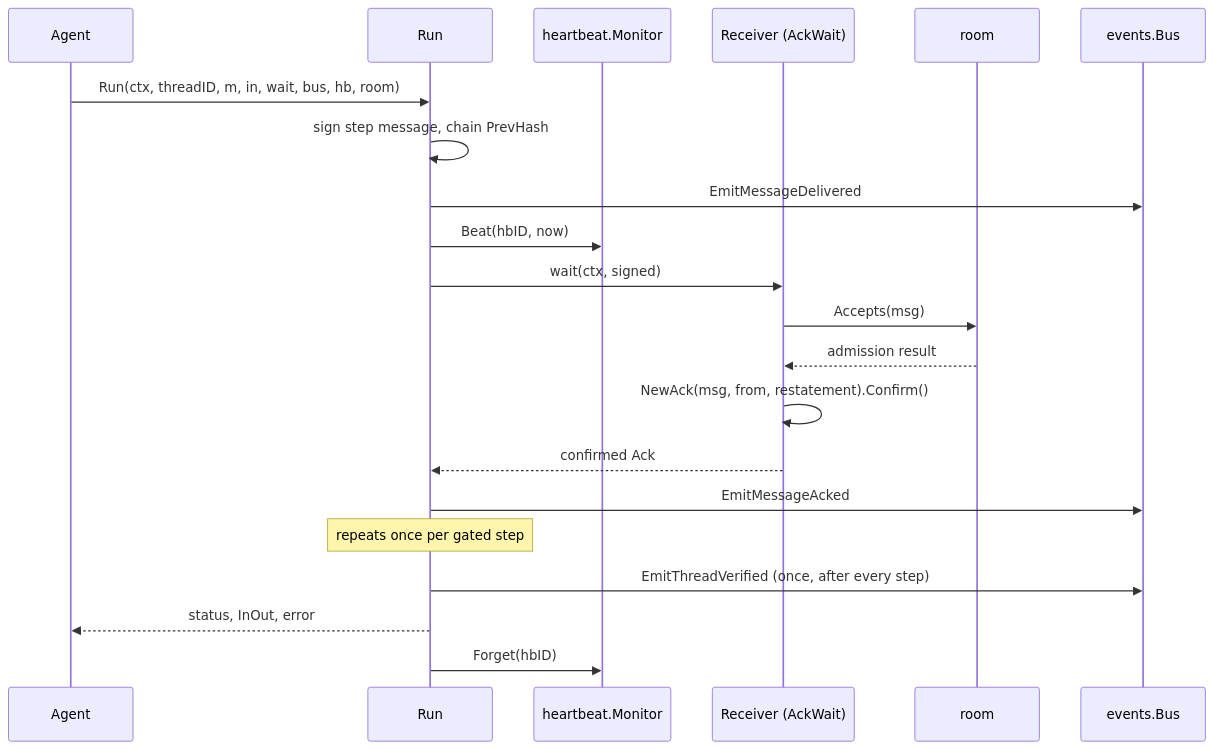
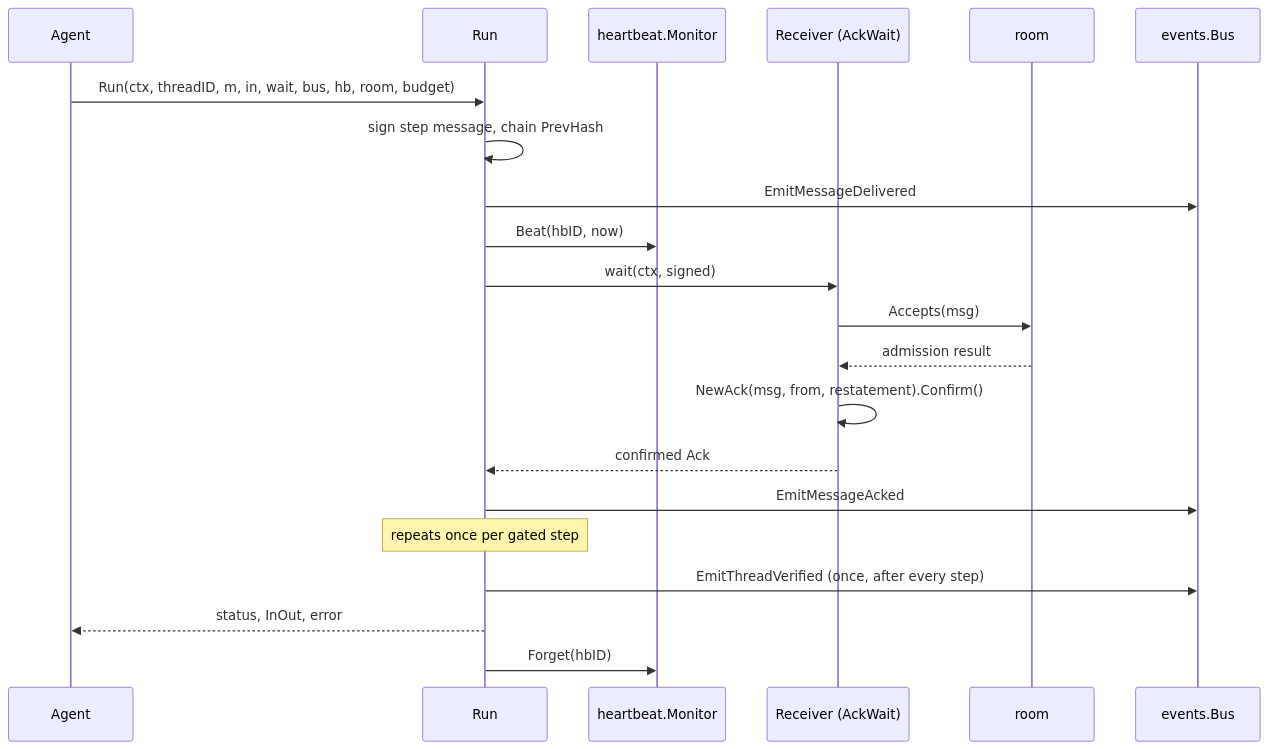
One commit to MiviaLabs/mivia-ai-sdk changed the diagram in docs/examples/agent-dispatch.md. Above: the diagram before and after it, drawn with Mermaid. The commit also changed other lines of this file and 21 other files, not shown here.

First line of the commit message:
feat(contextbudget): add context budget limits, wire into agent.Run

````diff
--- a/docs/examples/agent-dispatch.md
+++ b/docs/examples/agent-dispatch.md
@@ -138,23 +138,23 @@
 ```mermaid
 sequenceDiagram
     participant Agent
     participant Run as Run
     participant HB as heartbeat.Monitor
     participant Receiver as Receiver (AckWait)
     participant Room as room
     participant Bus as events.Bus
-    Agent->>Run: Run(ctx, threadID, m, in, wait, bus, hb, room)
+    Agent->>Run: Run(ctx, threadID, m, in, wait, bus, hb, room, budget)
     Run->>Run: sign step message, chain PrevHash
     Run->>Bus: EmitMessageDelivered
     Run->>HB: Beat(hbID, now)
     Run->>Receiver: wait(ctx, signed)
     Receiver->>Room: Accepts(msg)
     Room-->>Receiver: admission result
     Receiver->>Receiver: NewAck(msg, from, restatement).Confirm()
     Receiver-->>Run: confirmed Ack
     Run->>Bus: EmitMessageAcked
     Note over Run: repeats once per gated step
     Run->>Bus: EmitThreadVerified (once, after every step)
     Run-->>Agent: status, InOut, error
     Run->>HB: Forget(hbID)
 ```
````
